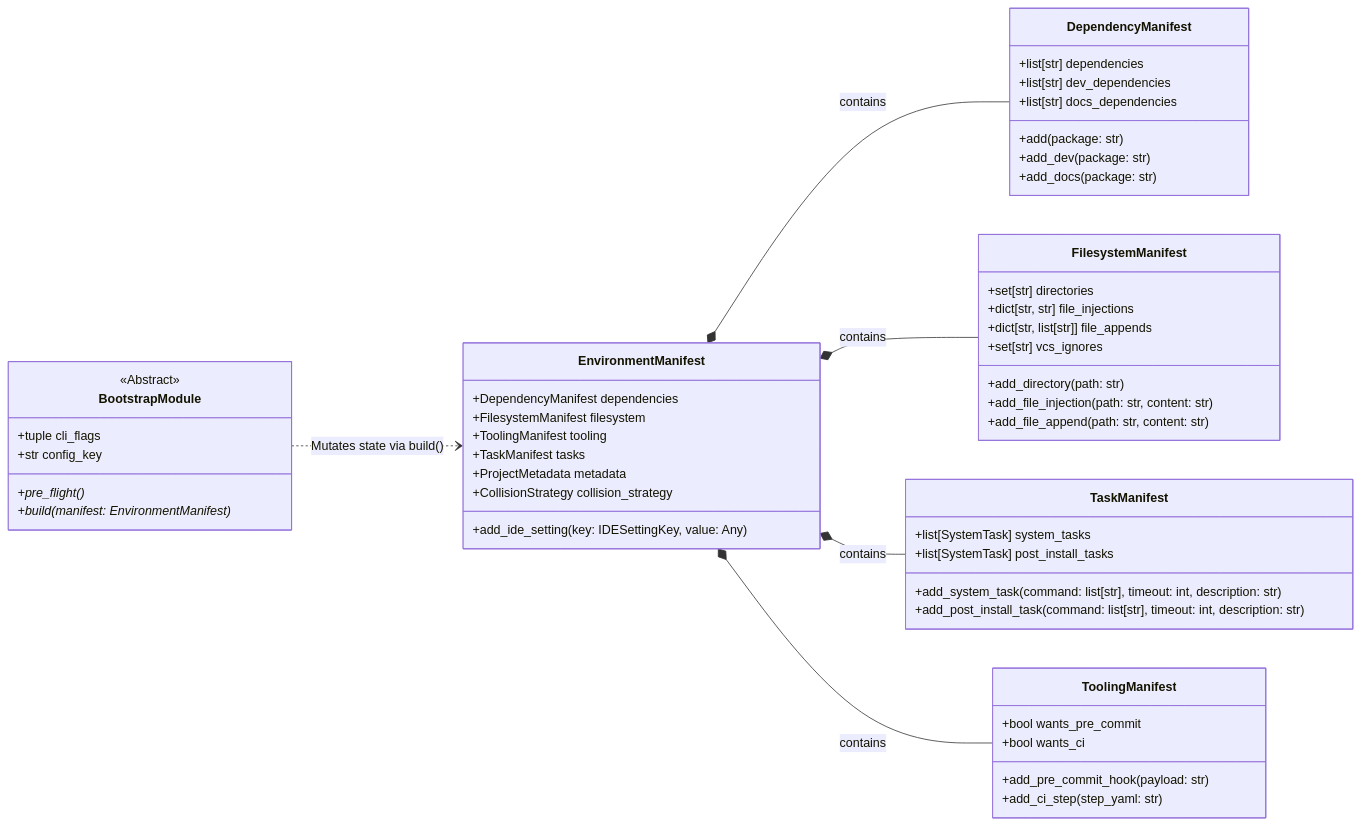
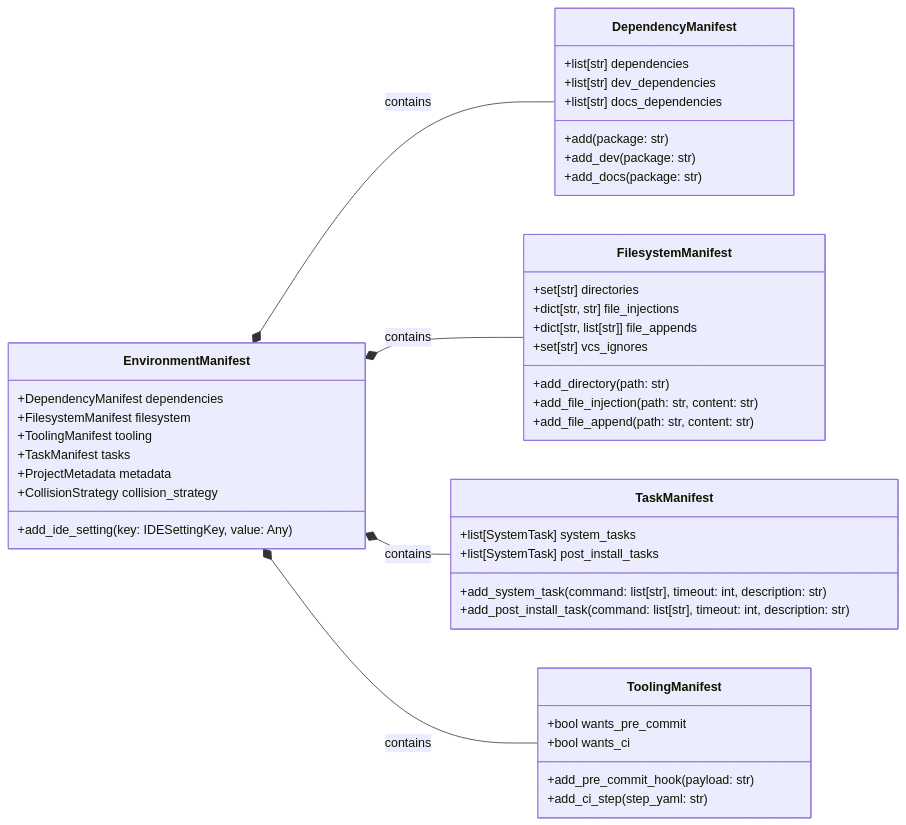
The first of 2 diagrams in docs/developer/api-reference.md (JacksonFergusonDev/protostar), drawn with Mermaid before and after one commit. The commit also changed other lines of this file and 2 other files, not shown here.

Commit message:
docs: streamline and simplify documentation mermaid diagrams for legibility

````diff
--- a/docs/developer/api-reference.md
+++ b/docs/developer/api-reference.md
@@ -7,61 +7,52 @@
 ```mermaid
 classDiagram
     direction LR
 
     class EnvironmentManifest {
         +DependencyManifest dependencies
         +FilesystemManifest filesystem
         +ToolingManifest tooling
         +TaskManifest tasks
         +ProjectMetadata metadata
         +CollisionStrategy collision_strategy
         +add_ide_setting(key: IDESettingKey, value: Any)
     }
 
     class DependencyManifest {
         +list[str] dependencies
         +list[str] dev_dependencies
         +list[str] docs_dependencies
         +add(package: str)
         +add_dev(package: str)
         +add_docs(package: str)
     }
 
     class FilesystemManifest {
         +set[str] directories
         +dict[str, str] file_injections
         +dict[str, list[str]] file_appends
         +set[str] vcs_ignores
         +add_directory(path: str)
         +add_file_injection(path: str, content: str)
         +add_file_append(path: str, content: str)
     }
 
     class TaskManifest {
         +list[SystemTask] system_tasks
         +list[SystemTask] post_install_tasks
         +add_system_task(command: list[str], timeout: int, description: str)
         +add_post_install_task(command: list[str], timeout: int, description: str)
     }
 
     class ToolingManifest {
         +bool wants_pre_commit
         +bool wants_ci
         +add_pre_commit_hook(payload: str)
         +add_ci_step(step_yaml: str)
     }
 
-    class BootstrapModule {
-        <<Abstract>>
-        +tuple cli_flags
-        +str config_key
-        +pre_flight()*
-        +build(manifest: EnvironmentManifest)*
-    }
-
     EnvironmentManifest *-- DependencyManifest : contains
     EnvironmentManifest *-- FilesystemManifest : contains
     EnvironmentManifest *-- TaskManifest : contains
     EnvironmentManifest *-- ToolingManifest : contains
-    BootstrapModule ..> EnvironmentManifest : Mutates state via build()
 ```
````
